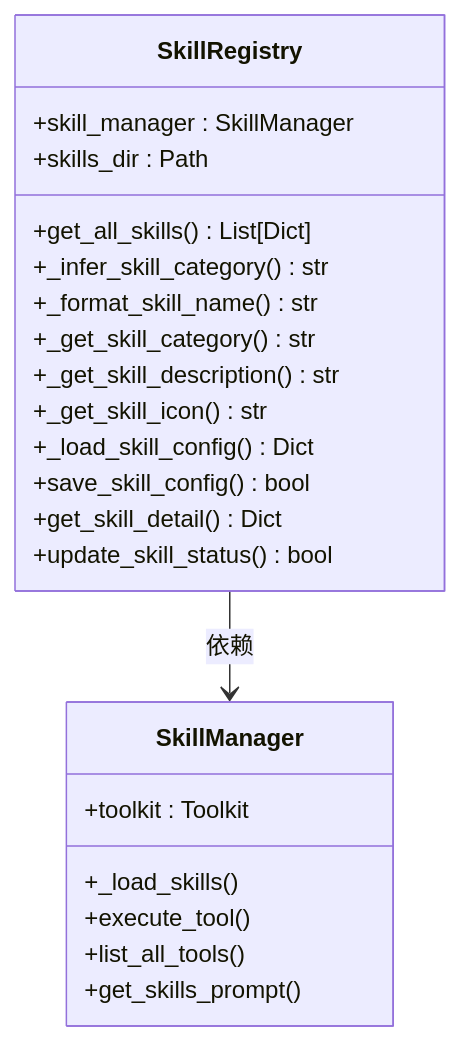
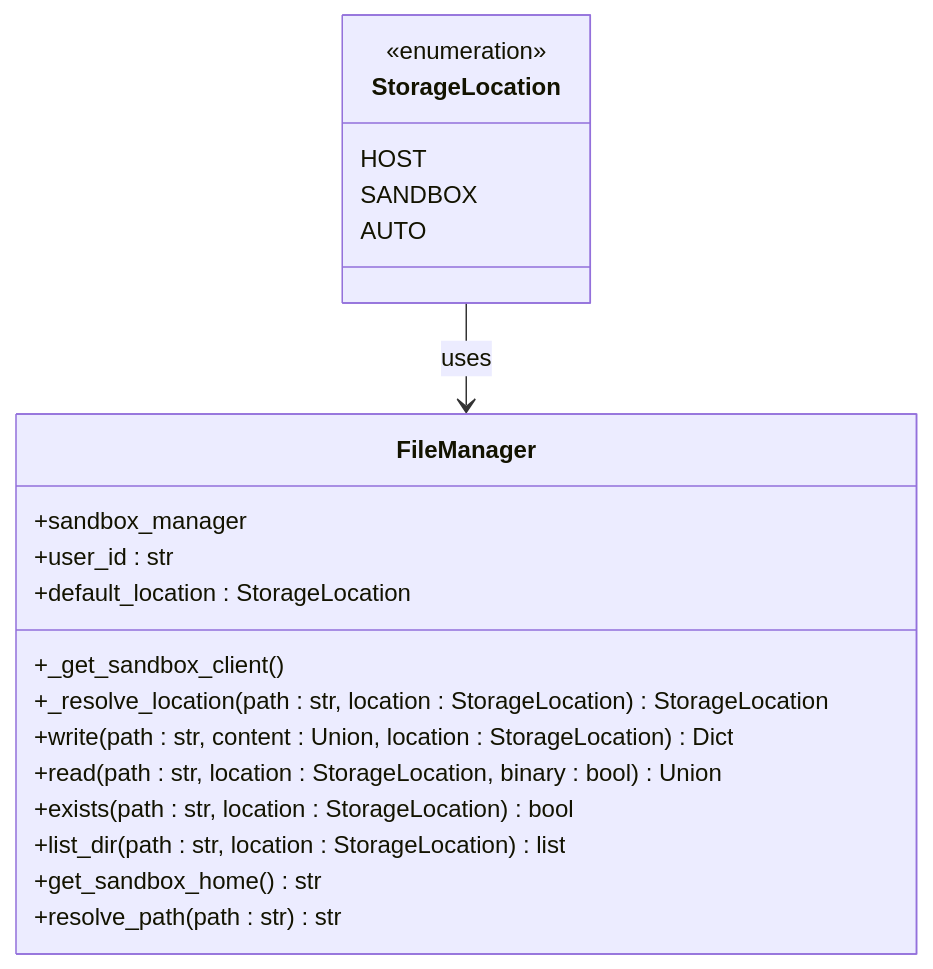
The fourth of 14 diagrams in .qoder/repowiki/zh/content/技能管理系统/技能管理系统.md (zhangdahai112/LocalManus), drawn with Mermaid before and after one commit. The commit also changed other lines of this file and 19 other files, not shown here.

````diff
--- a/.qoder/repowiki/zh/content/技能管理系统/技能管理系统.md
+++ b/.qoder/repowiki/zh/content/技能管理系统/技能管理系统.md
@@ -193,25 +222,23 @@
 ```mermaid
 classDiagram
-class SkillRegistry {
-+skill_manager : SkillManager
-+skills_dir : Path
-+get_all_skills() List[Dict]
-+_infer_skill_category() str
-+_format_skill_name() str
-+_get_skill_category() str
-+_get_skill_description() str
-+_get_skill_icon() str
-+_load_skill_config() Dict
-+save_skill_config() bool
-+get_skill_detail() Dict
-+update_skill_status() bool
+class StorageLocation {
+<<enumeration>>
+HOST
+SANDBOX
+AUTO
 }
-class SkillManager {
-+toolkit : Toolkit
-+_load_skills()
-+execute_tool()
-+list_all_tools()
-+get_skills_prompt()
+class FileManager {
++sandbox_manager
++user_id : str
++default_location : StorageLocation
++_get_sandbox_client()
++_resolve_location(path : str, location : StorageLocation) StorageLocation
++write(path : str, content : Union, location : StorageLocation) Dict
++read(path : str, location : StorageLocation, binary : bool) Union
++exists(path : str, location : StorageLocation) bool
++list_dir(path : str, location : StorageLocation) list
++get_sandbox_home() str
++resolve_path(path : str) str
 }
-SkillRegistry --> SkillManager : 依赖
+StorageLocation --> FileManager : uses
 ```
````
